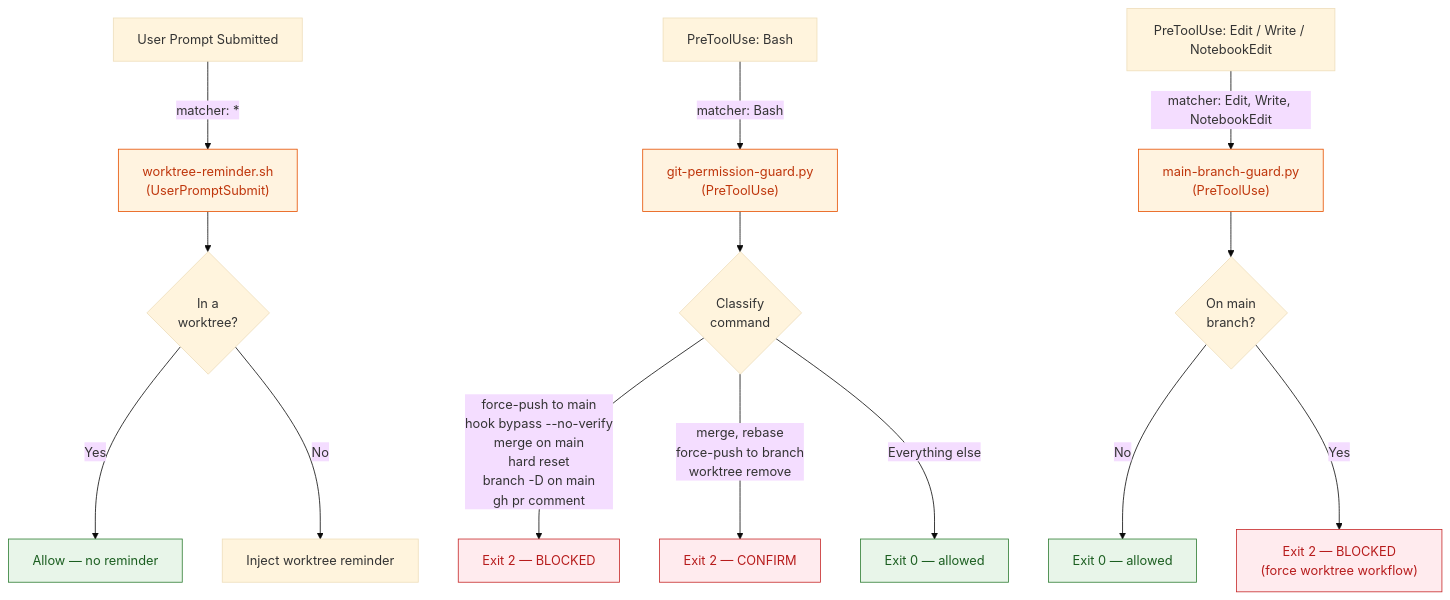
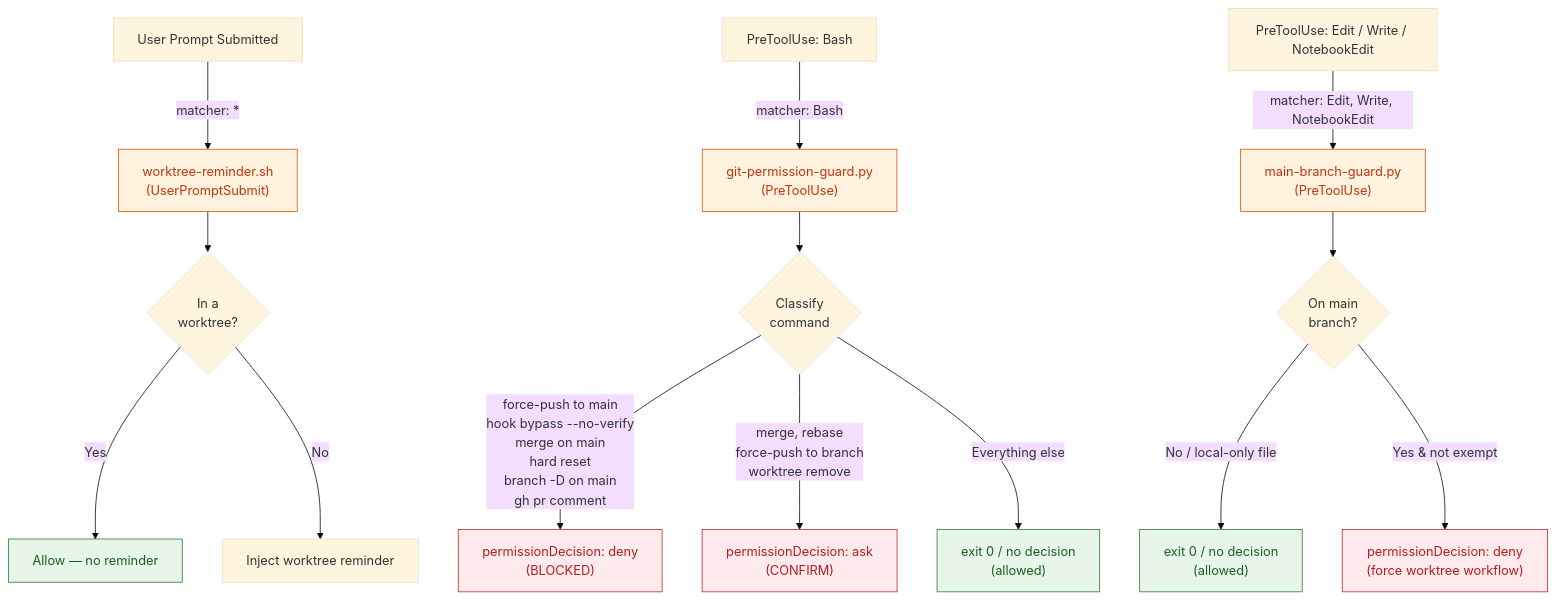
One commit to dryvist/claude-code-plugins changed the first of 2 diagrams in git-guards/ARCHITECTURE.md. Above: the diagram before and after it, drawn with Mermaid (base theme). The commit also changed other lines of this file and 2 other files, not shown here.

First line of the commit message:
fix(git-guards): address review feedback on main-branch-guard

````diff
--- a/git-guards/ARCHITECTURE.md
+++ b/git-guards/ARCHITECTURE.md
@@ -9,31 +9,31 @@
 ```mermaid
 flowchart TD
     UP["User Prompt Submitted"]
     PT_BASH["PreToolUse: Bash"]
     PT_EDIT["PreToolUse: Edit / Write / NotebookEdit"]
 
     UP -->|"matcher: *"| WR["worktree-reminder.sh\n(UserPromptSubmit)"]
     PT_BASH -->|"matcher: Bash"| PG["git-permission-guard.py\n(PreToolUse)"]
     PT_EDIT -->|"matcher: Edit, Write, NotebookEdit"| MBG["main-branch-guard.py\n(PreToolUse)"]
 
     WR --> WR_CHECK{"In a\nworktree?"}
     WR_CHECK -->|Yes| WR_ALLOW["Allow — no reminder"]
     WR_CHECK -->|No| WR_WARN["Inject worktree reminder"]
 
     PG --> PG_CLASSIFY{"Classify\ncommand"}
-    PG_CLASSIFY -->|"force-push to main\nhook bypass --no-verify\nmerge on main\nhard reset\nbranch -D on main\ngh pr comment"| PG_BLOCK["Exit 2 — BLOCKED"]
-    PG_CLASSIFY -->|"merge, rebase\nforce-push to branch\nworktree remove"| PG_CONFIRM["Exit 2 — CONFIRM"]
-    PG_CLASSIFY -->|"Everything else"| PG_ALLOW["Exit 0 — allowed"]
+    PG_CLASSIFY -->|"force-push to main\nhook bypass --no-verify\nmerge on main\nhard reset\nbranch -D on main\ngh pr comment"| PG_BLOCK["permissionDecision: deny\n(BLOCKED)"]
+    PG_CLASSIFY -->|"merge, rebase\nforce-push to branch\nworktree remove"| PG_CONFIRM["permissionDecision: ask\n(CONFIRM)"]
+    PG_CLASSIFY -->|"Everything else"| PG_ALLOW["exit 0 / no decision\n(allowed)"]
 
     MBG --> MBG_CHECK{"On main\nbranch?"}
-    MBG_CHECK -->|No| MBG_ALLOW["Exit 0 — allowed"]
-    MBG_CHECK -->|Yes| MBG_BLOCK["Exit 2 — BLOCKED\n(force worktree workflow)"]
+    MBG_CHECK -->|No / local-only file| MBG_ALLOW["exit 0 / no decision\n(allowed)"]
+    MBG_CHECK -->|Yes & not exempt| MBG_BLOCK["permissionDecision: deny\n(force worktree workflow)"]
 
     classDef hook fill:#fff3e0,stroke:#e65100,color:#bf360c
     classDef block fill:#ffebee,stroke:#c62828,color:#b71c1c
     classDef allow fill:#e8f5e9,stroke:#2e7d32,color:#1b5e20
 
     class WR,PG,MBG hook
     class PG_BLOCK,PG_CONFIRM,MBG_BLOCK block
     class WR_ALLOW,PG_ALLOW,MBG_ALLOW allow
 ```
````
